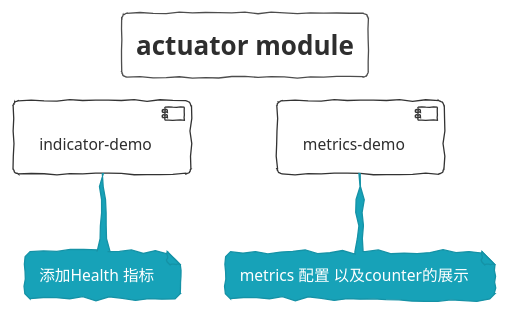
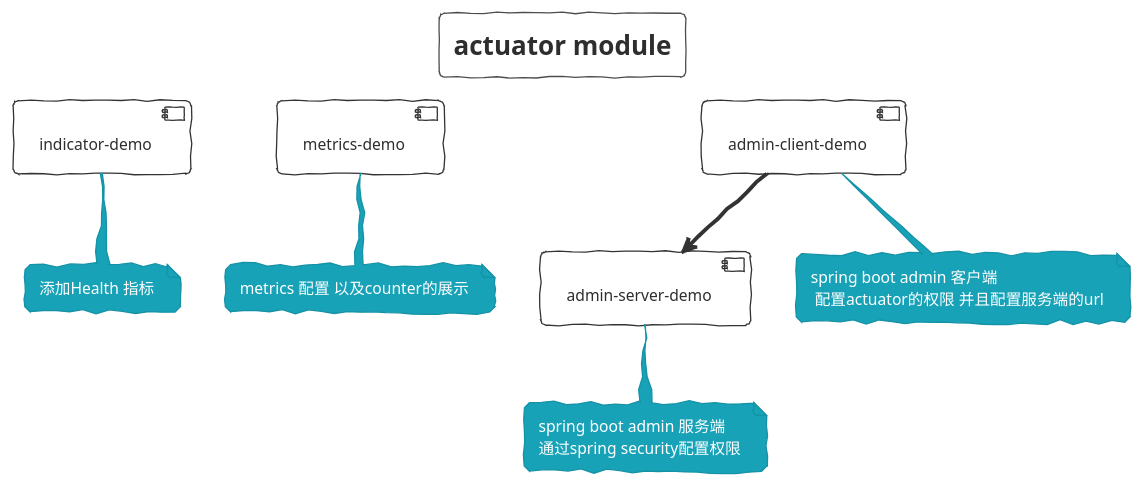
One commit to FantasybabyChange/springStudyProject changed the diagram in spring-boot-actuator/Module.puml. Above: the diagram before and after it, drawn with PlantUML. The commit also changed 12 other files, not shown here.

Commit message:
add spring boot admin

```diff
--- a/spring-boot-actuator/Module.puml
+++ b/spring-boot-actuator/Module.puml
@@ -1,14 +1,24 @@
 @startuml ACTUATOR_MODULE
 !theme sketchy-outline
 title actuator module
 [indicator-demo] as id
 [metrics-demo] as md
+[admin-server-demo] as asd
+[admin-client-demo] as acd
 note bottom of id
     添加Health 指标
 end note
 
 note bottom of md
   metrics 配置 以及counter的展示
 end note
-
+note bottom of asd
+ spring boot admin 服务端
+ 通过spring security配置权限
+end note
+note bottom of acd
+spring boot admin 客户端
+ 配置actuator的权限 并且配置服务端的url
+end note
+acd -->asd
 @enduml
```
